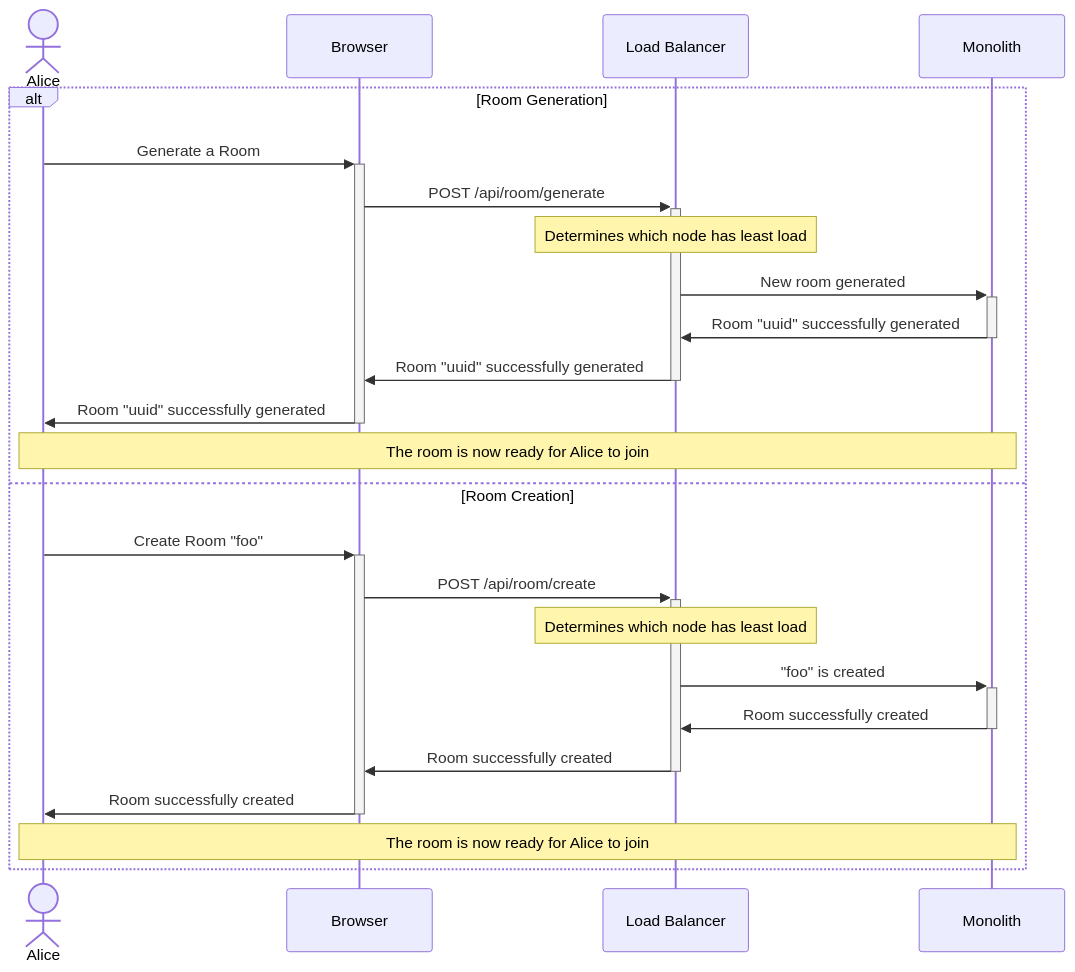
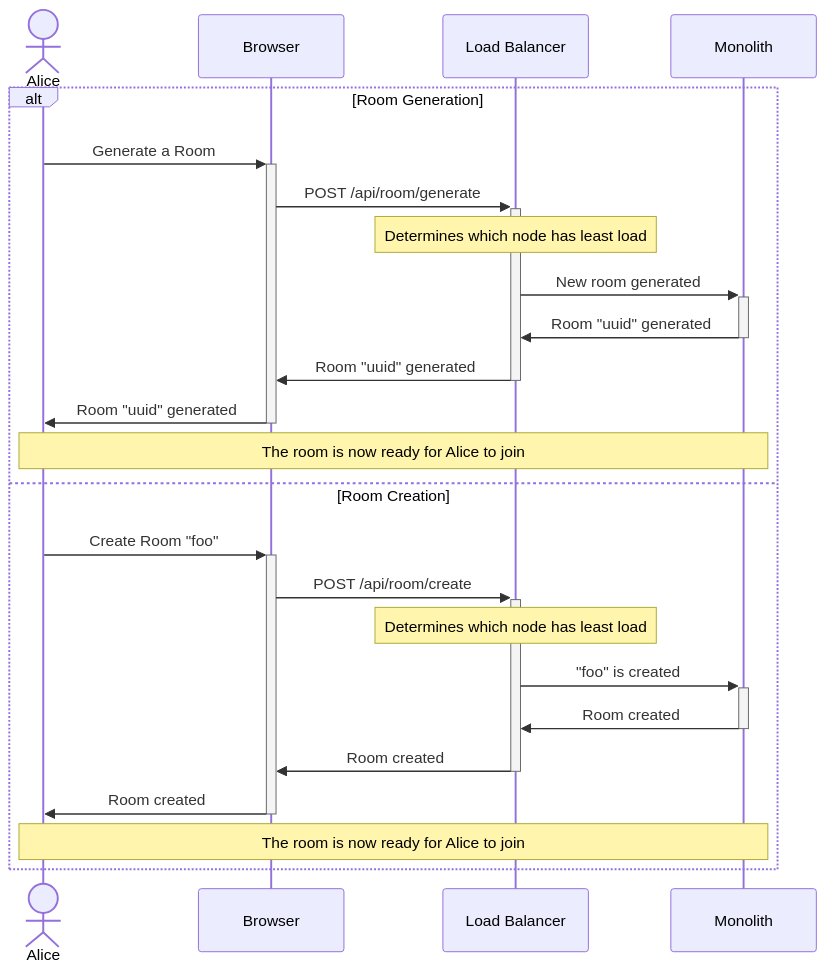
The diagram in figures/create-room-diag.mmd (dyc3/senior-design), drawn with Mermaid before and after one commit. The commit also changed 3 other files, not shown here.

Commit message:
reduce width of some sequence diagrams so text in diagrams looks bigger

```diff
--- a/figures/create-room-diag.mmd
+++ b/figures/create-room-diag.mmd
@@ -1,24 +1,24 @@
 sequenceDiagram
     actor Alice
     participant OTT as Browser
     participant L as Load Balancer
     participant N as Monolith
     alt Room Generation
     Alice->>+OTT: Generate a Room
     OTT->>+L: POST /api/room/generate
     Note over L: Determines which node has least load
     L->>+N: New room generated
-    N->>-L: Room "uuid" successfully generated
-    L->>-OTT: Room "uuid" successfully generated
-    OTT->>-Alice: Room "uuid" successfully generated
+    N->>-L: Room "uuid" generated
+    L->>-OTT: Room "uuid" generated
+    OTT->>-Alice: Room "uuid" generated
     Note over Alice,N: The room is now ready for Alice to join
     else Room Creation
     Alice->>+OTT: Create Room "foo"
     OTT->>+L: POST /api/room/create
     Note over L: Determines which node has least load
     L->>+N: "foo" is created
-    N->>-L: Room successfully created
-    L->>-OTT: Room successfully created
-    OTT->>-Alice: Room successfully created
+    N->>-L: Room created
+    L->>-OTT: Room created
+    OTT->>-Alice: Room created
     Note over Alice,N: The room is now ready for Alice to join
     end
```
